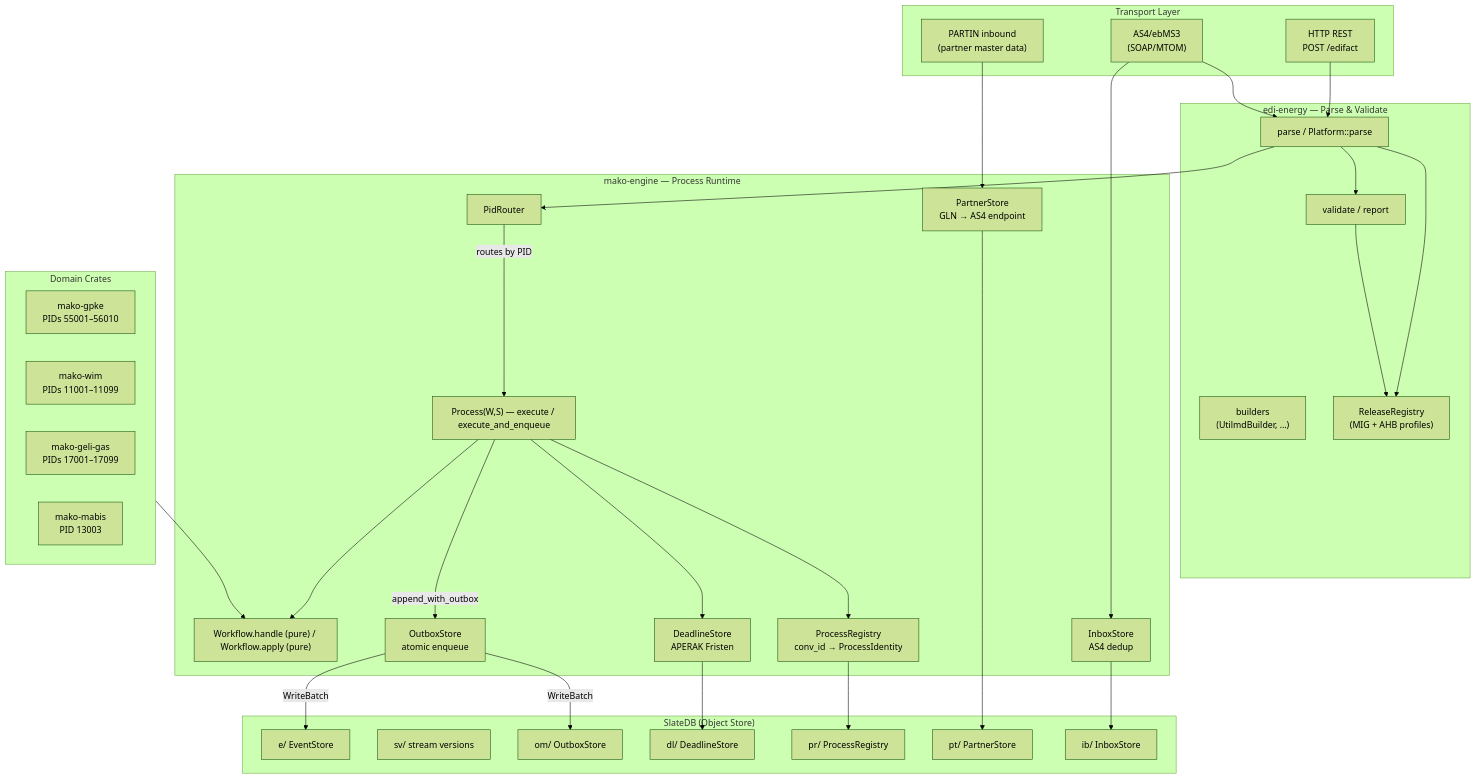
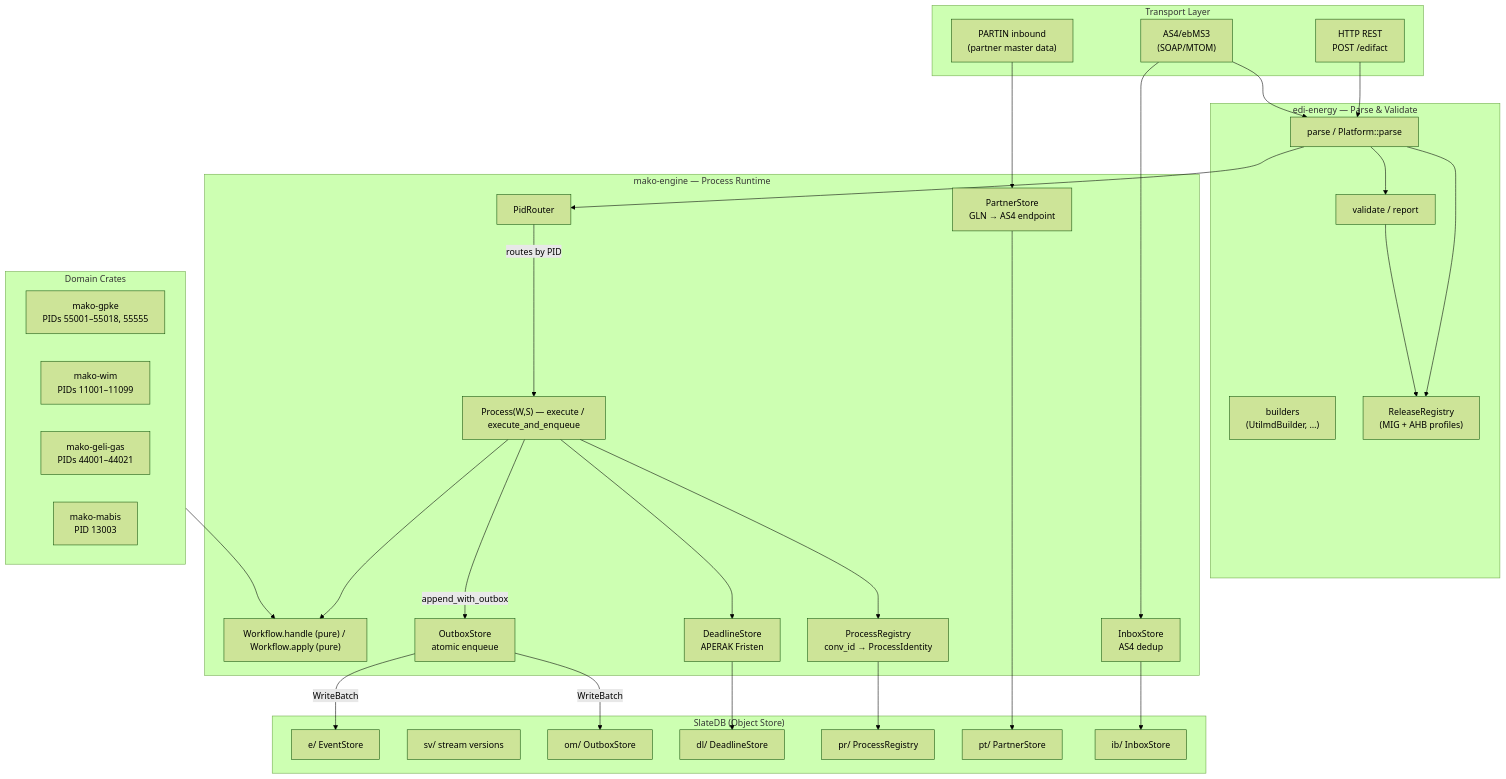
The first of 3 diagrams in docs/getting-started.md (hupe1980/mako), drawn with Mermaid (forest theme) before and after one commit. The commit also changed other lines of this file and 38 other files, not shown here.

````diff
--- a/docs/getting-started.md
+++ b/docs/getting-started.md
@@ -28,65 +28,65 @@
 ```mermaid
 graph TB
     subgraph Transport["Transport Layer"]
         AS4["AS4/ebMS3<br/>(SOAP/MTOM)"]
         REST["HTTP REST<br/>POST /edifact"]
         PARTIN["PARTIN inbound<br/>(partner master data)"]
     end
 
     subgraph EDI["edi-energy — Parse & Validate"]
         PARSE["parse / Platform::parse"]
         VALIDATE["validate / report"]
         BUILD["builders<br/>(UtilmdBuilder, …)"]
         REGISTRY["ReleaseRegistry<br/>(MIG + AHB profiles)"]
         PARSE --> VALIDATE
         PARSE --> REGISTRY
         VALIDATE --> REGISTRY
     end
 
     subgraph Engine["mako-engine — Process Runtime"]
         ROUTER["PidRouter"]
         PROCESS["Process(W,S) — execute / execute_and_enqueue"]
         WORKFLOW["Workflow.handle (pure) / Workflow.apply (pure)"]
         DEADLINE["DeadlineStore<br/>APERAK Fristen"]
         OUTBOX["OutboxStore<br/>atomic enqueue"]
         INBOX["InboxStore<br/>AS4 dedup"]
         PARTNERS["PartnerStore<br/>GLN → AS4 endpoint"]
         REGISTRY2["ProcessRegistry<br/>conv_id → ProcessIdentity"]
 
         ROUTER -->|"routes by PID"| PROCESS
         PROCESS --> WORKFLOW
         PROCESS -->|"append_with_outbox"| OUTBOX
         PROCESS --> DEADLINE
         PROCESS --> REGISTRY2
     end
 
     subgraph Domain["Domain Crates"]
-        GPKE["mako-gpke<br/>PIDs 55001–56010"]
+        GPKE["mako-gpke<br/>PIDs 55001–55018, 55555"]
         WIM["mako-wim<br/>PIDs 11001–11099"]
-        GAS["mako-geli-gas<br/>PIDs 17001–17099"]
+        GAS["mako-geli-gas<br/>PIDs 44001–44021"]
         MABIS["mako-mabis<br/>PID 13003"]
     end
 
     subgraph Store["SlateDB (Object Store)"]
         EVENTS["e/ EventStore"]
         SV["sv/ stream versions"]
         OUTBOX2["om/ OutboxStore"]
         DEADLINES["dl/ DeadlineStore"]
         PROC["pr/ ProcessRegistry"]
         PT["pt/ PartnerStore"]
         IB["ib/ InboxStore"]
     end
 
     AS4 --> INBOX
     REST --> PARSE
     AS4 --> PARSE
     PARTIN --> PARTNERS
     PARSE --> ROUTER
     Domain --> WORKFLOW
     OUTBOX -->|"WriteBatch"| EVENTS
     OUTBOX -->|"WriteBatch"| OUTBOX2
     DEADLINE --> DEADLINES
     REGISTRY2 --> PROC
     PARTNERS --> PT
     INBOX --> IB
 ```
````
